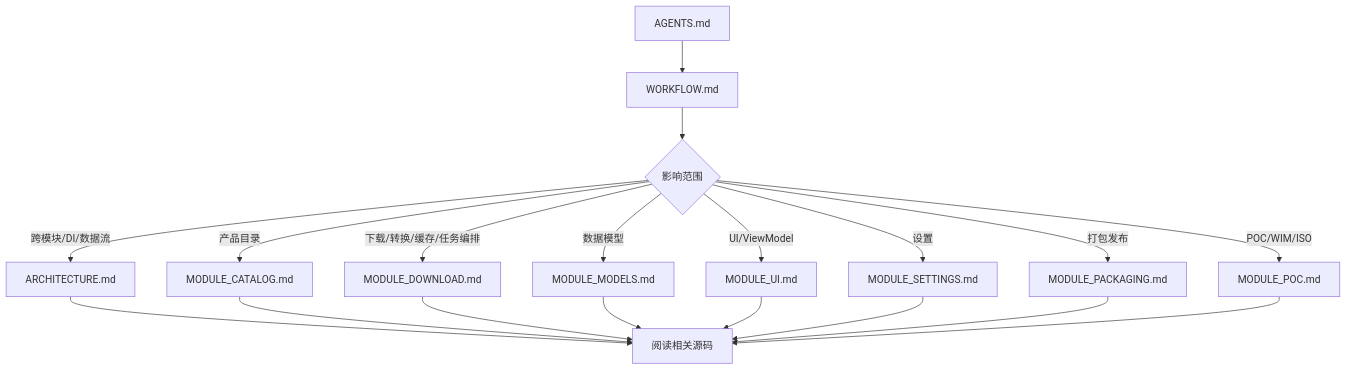
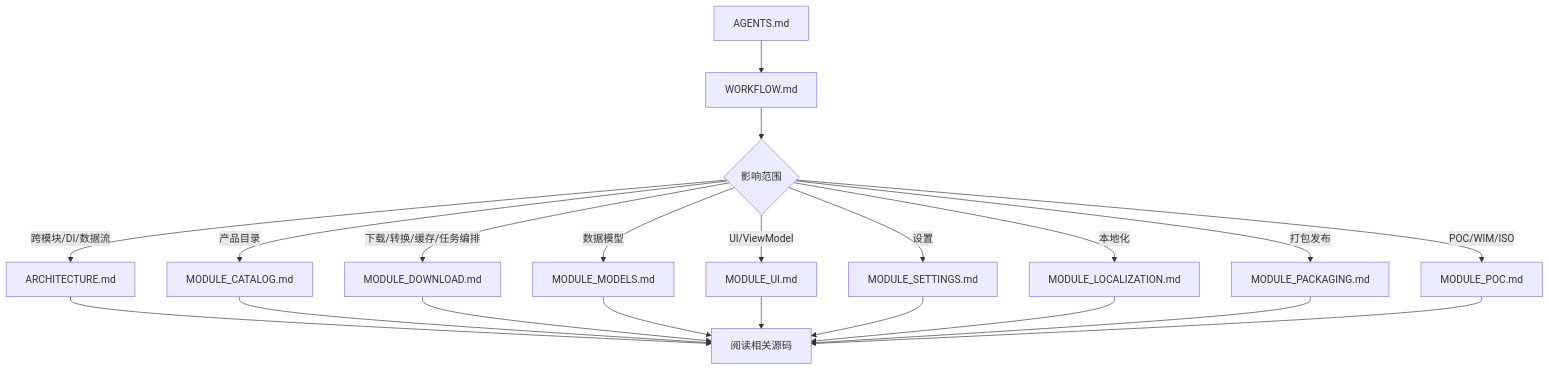
Before and after one commit to kingsznhone/WinDownloader: the diagram in docs/WORKFLOW.md, drawn with Mermaid. The commit also changed other lines of this file and 22 other files, not shown here.

````diff
--- a/docs/WORKFLOW.md
+++ b/docs/WORKFLOW.md
@@ -31,21 +32,23 @@
 ```mermaid
 flowchart TD
     A[AGENTS.md] --> B[WORKFLOW.md]
     B --> C{影响范围}
     C -->|跨模块/DI/数据流| D[ARCHITECTURE.md]
     C -->|产品目录| E[MODULE_CATALOG.md]
     C -->|下载/转换/缓存/任务编排| F[MODULE_DOWNLOAD.md]
     C -->|数据模型| G[MODULE_MODELS.md]
     C -->|UI/ViewModel| H[MODULE_UI.md]
     C -->|设置| I[MODULE_SETTINGS.md]
+    C -->|本地化| M[MODULE_LOCALIZATION.md]
     C -->|打包发布| J[MODULE_PACKAGING.md]
     C -->|POC/WIM/ISO| K[MODULE_POC.md]
     D --> L[阅读相关源码]
     E --> L
     F --> L
     G --> L
     H --> L
     I --> L
+    M --> L
     J --> L
     K --> L
 ```
````
